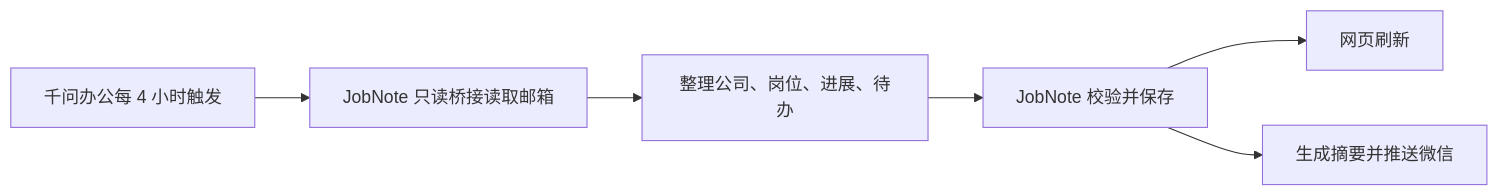
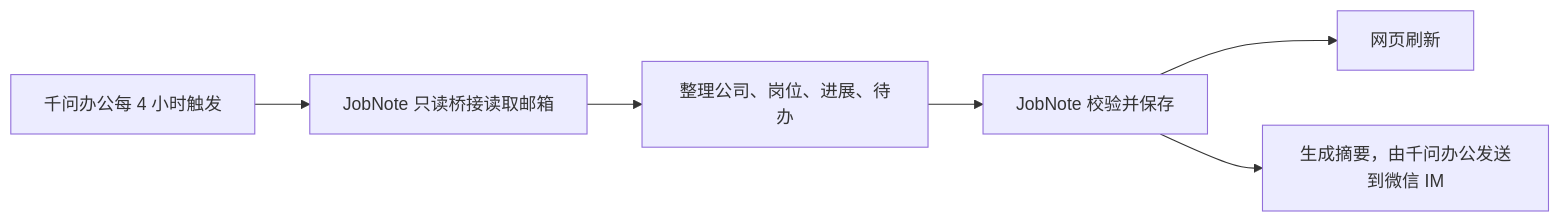
The diagram in SPEC.md (wind127/jobnote), drawn with Mermaid before and after one commit. The commit also changed other lines of this file and 14 other files, not shown here.

````diff
--- a/SPEC.md
+++ b/SPEC.md
@@ -30,8 +30,8 @@
 ```mermaid
 flowchart LR
     A[千问办公每 4 小时触发] --> B[JobNote 只读桥接读取邮箱]
     B --> C[整理公司、岗位、进展、待办]
     C --> D[JobNote 校验并保存]
     D --> E[网页刷新]
-    D --> F[生成摘要并推送微信]
+    D --> F[生成摘要，由千问办公发送到微信 IM]
 ```
````
